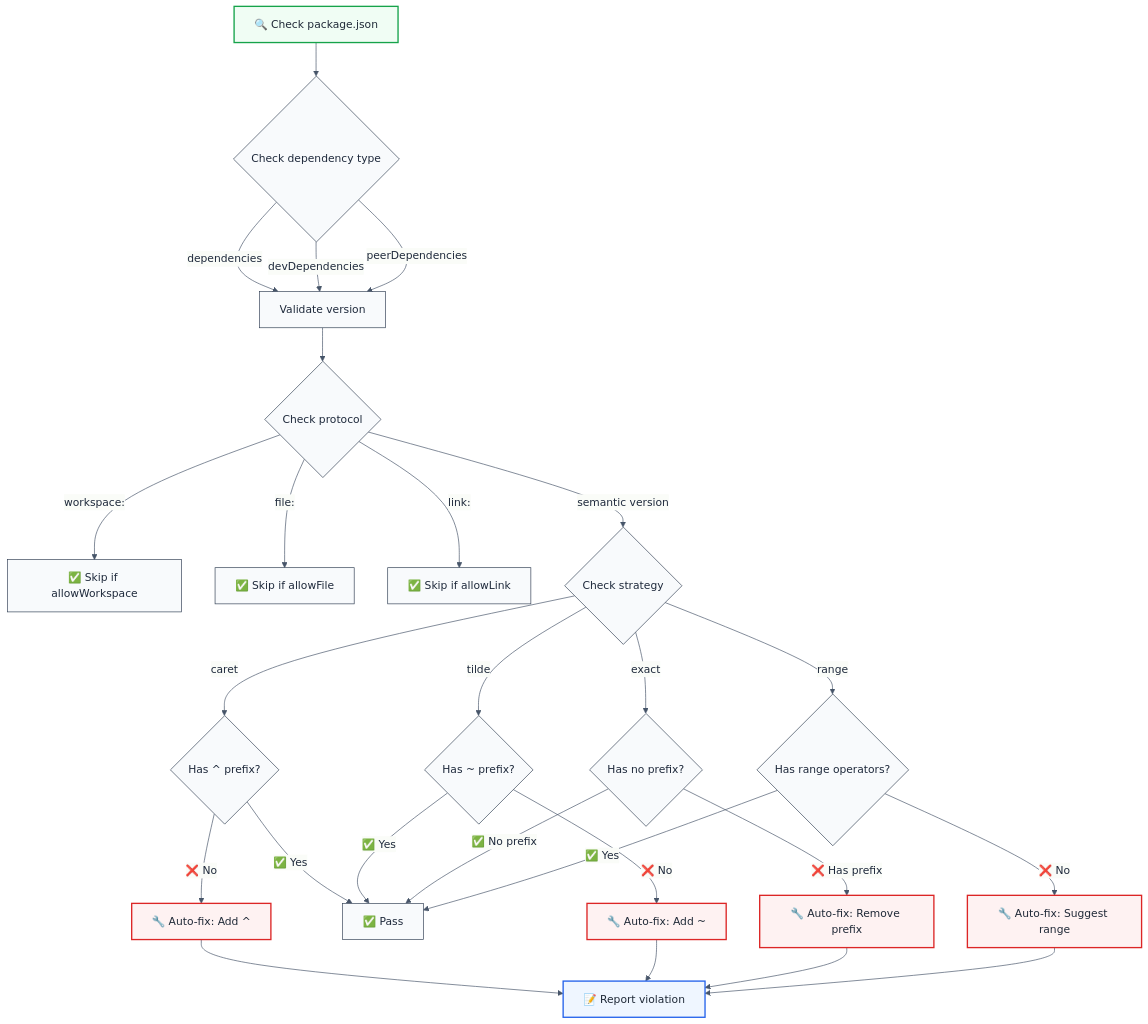
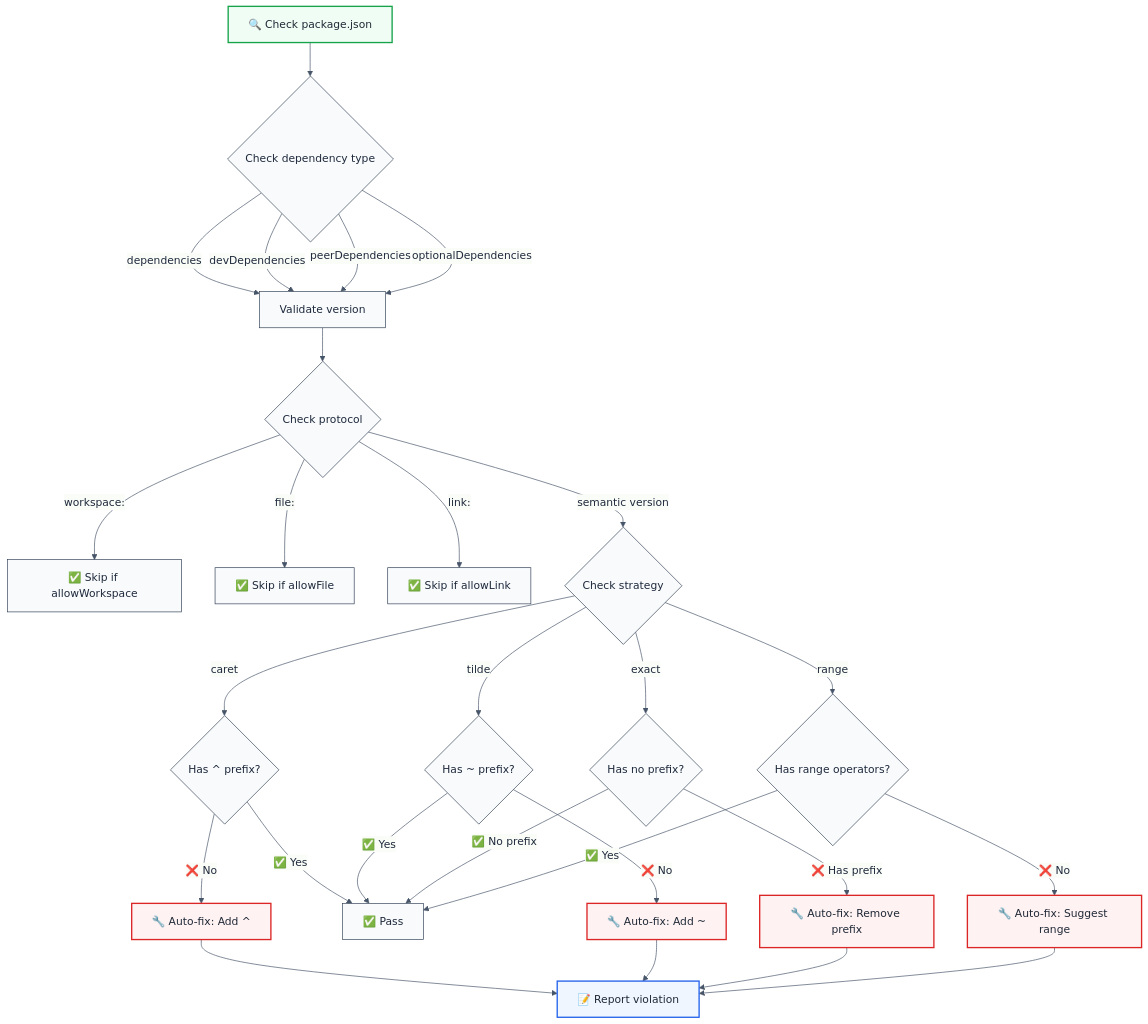
Before and after one commit to ofri-peretz/eslint: the diagram in packages/eslint-plugin-conventions/docs/rules/prefer-dependency-version-strategy.md, drawn with Mermaid. The commit also changed other lines of this file and 5 other files, not shown here.

````diff
--- a/packages/eslint-plugin-conventions/docs/rules/prefer-dependency-version-strategy.md
+++ b/packages/eslint-plugin-conventions/docs/rules/prefer-dependency-version-strategy.md
@@ -31,53 +33,54 @@
 ```mermaid
 %%{init: {
   'theme': 'base',
   'themeVariables': {
     'primaryColor': '#f8fafc',
     'primaryTextColor': '#1e293b',
     'primaryBorderColor': '#334155',
     'lineColor': '#475569',
     'c0': '#f8fafc',
     'c1': '#f1f5f9',
     'c2': '#e2e8f0',
     'c3': '#cbd5e1'
   }
 }}%%
 flowchart TD
     A[🔍 Check package.json] --> B{Check dependency type}
     B -->|dependencies| C[Validate version]
     B -->|devDependencies| C
     B -->|peerDependencies| C
+    B -->|optionalDependencies| C
     
     C --> D{Check protocol}
     D -->|workspace:| E[✅ Skip if allowWorkspace]
     D -->|file:| F[✅ Skip if allowFile]
     D -->|link:| G[✅ Skip if allowLink]
     D -->|semantic version| H{Check strategy}
     
     H -->|caret| I{Has ^ prefix?}
     H -->|tilde| J{Has ~ prefix?}
     H -->|exact| K{Has no prefix?}
     H -->|range| L{Has range operators?}
     
     I -->|❌ No| M[🔧 Auto-fix: Add ^]
     I -->|✅ Yes| N[✅ Pass]
     J -->|❌ No| O[🔧 Auto-fix: Add ~]
     J -->|✅ Yes| N
     K -->|❌ Has prefix| P[🔧 Auto-fix: Remove prefix]
     K -->|✅ No prefix| N
     L -->|❌ No| Q[🔧 Auto-fix: Suggest range]
     L -->|✅ Yes| N
     
     M --> R[📝 Report violation]
     O --> R
     P --> R
     Q --> R
     
     classDef startNode fill:#f0fdf4,stroke:#16a34a,stroke-width:2px,color:#1f2937
     classDef errorNode fill:#fef2f2,stroke:#dc2626,stroke-width:2px,color:#1f2937
     classDef processNode fill:#eff6ff,stroke:#2563eb,stroke-width:2px,color:#1f2937
     
     class A startNode
     class M,O,P,Q errorNode
     class R processNode
 ```
````
